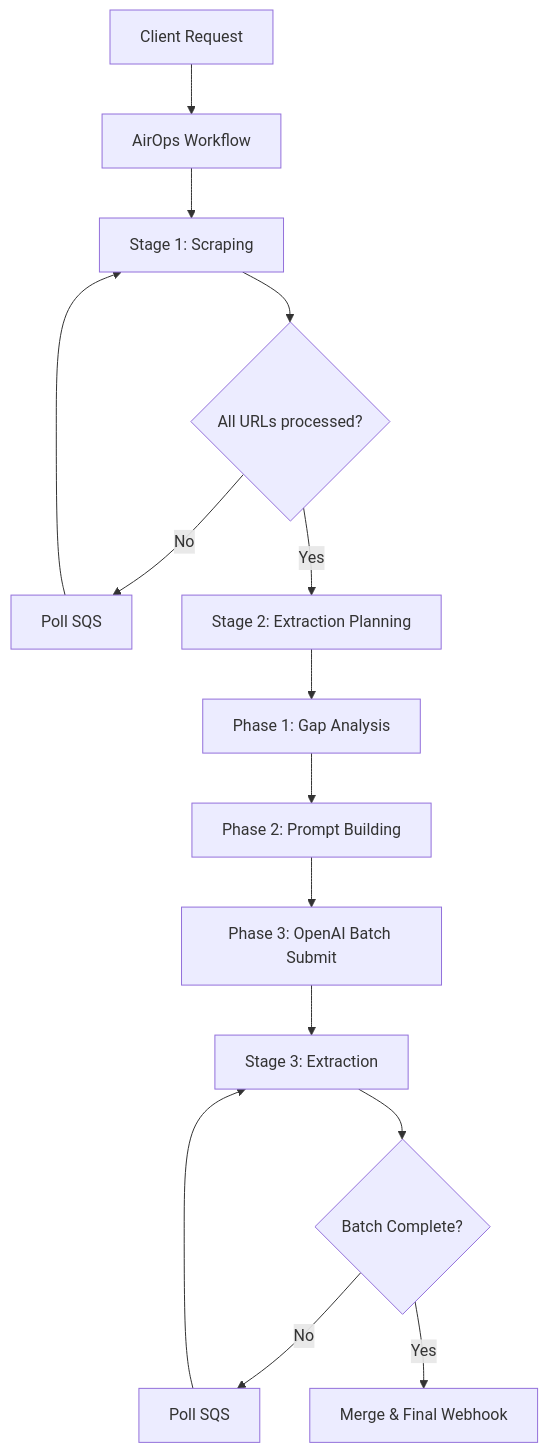
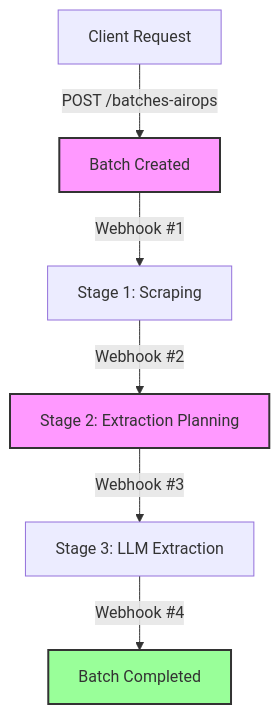
Before and after one commit to olostep/docs: the diagram in internal/airops-batches/overview.mdx, drawn with Mermaid. The commit also changed other lines of this file and 8 other files, not shown here.

Commit message:
docs(wip): draft internal airops-batches scaffolding; schemas and lifecycle are non-final and may not reflect reality

````diff
--- a/internal/airops-batches/overview.mdx
+++ b/internal/airops-batches/overview.mdx
@@ -15,17 +15,12 @@
 ```mermaid
 graph TD
-    A[Client Request] --> B[AirOps Workflow]
-    B --> C[Stage 1: Scraping]
-    C --> D{All URLs processed?}
-    D -- No --> E[Poll SQS]
-    E --> C
-    D -- Yes --> F[Stage 2: Extraction Planning]
-    F --> G[Phase 1: Gap Analysis]
-    G --> H[Phase 2: Prompt Building]
-    H --> I[Phase 3: OpenAI Batch Submit]
-    I --> J[Stage 3: Extraction]
-    J --> K{Batch Complete?}
-    K -- No --> L[Poll SQS]
-    L --> J
-    K -- Yes --> M[Merge & Final Webhook]
+    A[Client Request] -- "POST /batches-airops" --> B[Batch Created]
+    B -- "Webhook #1" --> C[Stage 1: Scraping]
+    C -- "Webhook #2" --> D[Stage 2: Extraction Planning]
+    D -- "Webhook #3" --> E[Stage 3: LLM Extraction]
+    E -- "Webhook #4" --> F[Batch Completed]
+    
+    style B fill:#f9f,stroke:#333,stroke-width:2px
+    style D fill:#f9f,stroke:#333,stroke-width:2px
+    style F fill:#9f9,stroke:#333,stroke-width:2px
 ```
````
